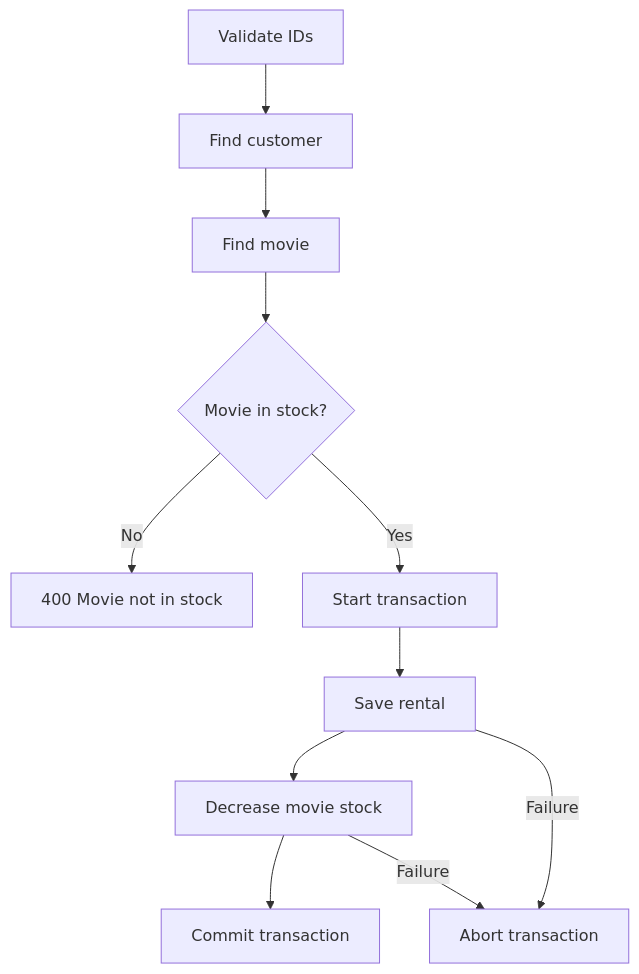
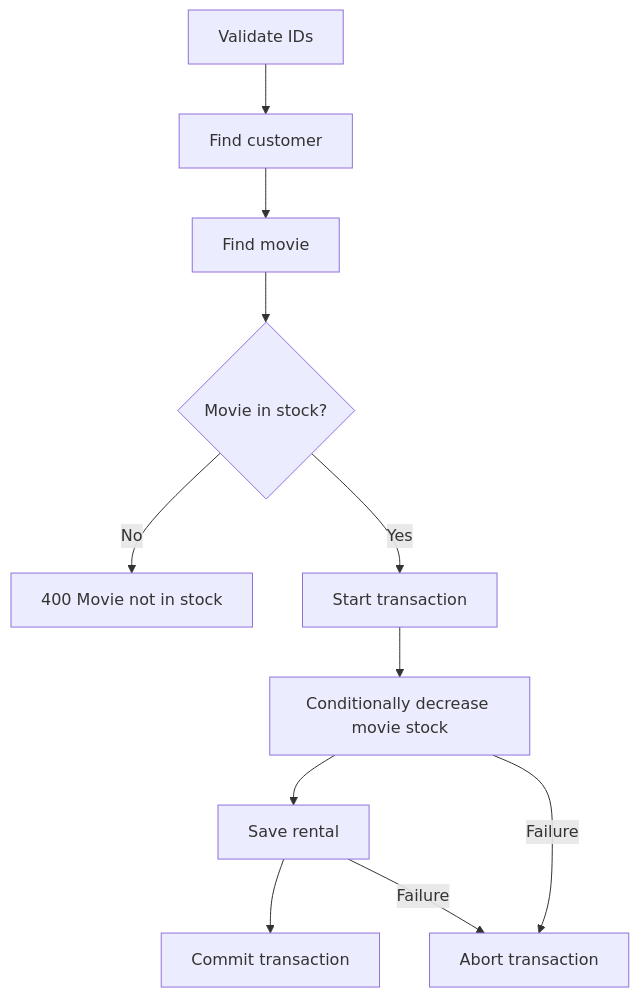
The fourth of 7 diagrams in backend/README.md (silalkhan/vidly-full-stack), drawn with Mermaid before and after one commit. The commit also changed other lines of this file and 37 other files, not shown here.

````diff
--- a/backend/README.md
+++ b/backend/README.md
@@ -228,13 +234,13 @@
 ```mermaid
 flowchart TD
     A[Validate IDs] --> B[Find customer]
     B --> C[Find movie]
     C --> D{Movie in stock?}
     D -->|No| E[400 Movie not in stock]
     D -->|Yes| F[Start transaction]
-    F --> G[Save rental]
-    G --> H[Decrease movie stock]
+    F --> G[Conditionally decrease movie stock]
+    G --> H[Save rental]
     H --> I[Commit transaction]
     G -->|Failure| J[Abort transaction]
     H -->|Failure| J
 ```
````
